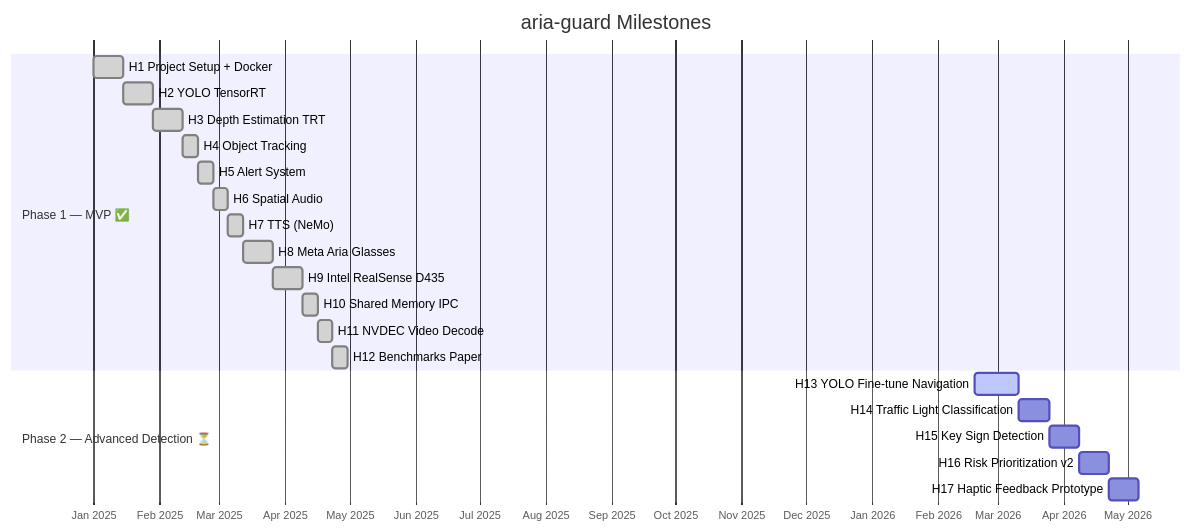
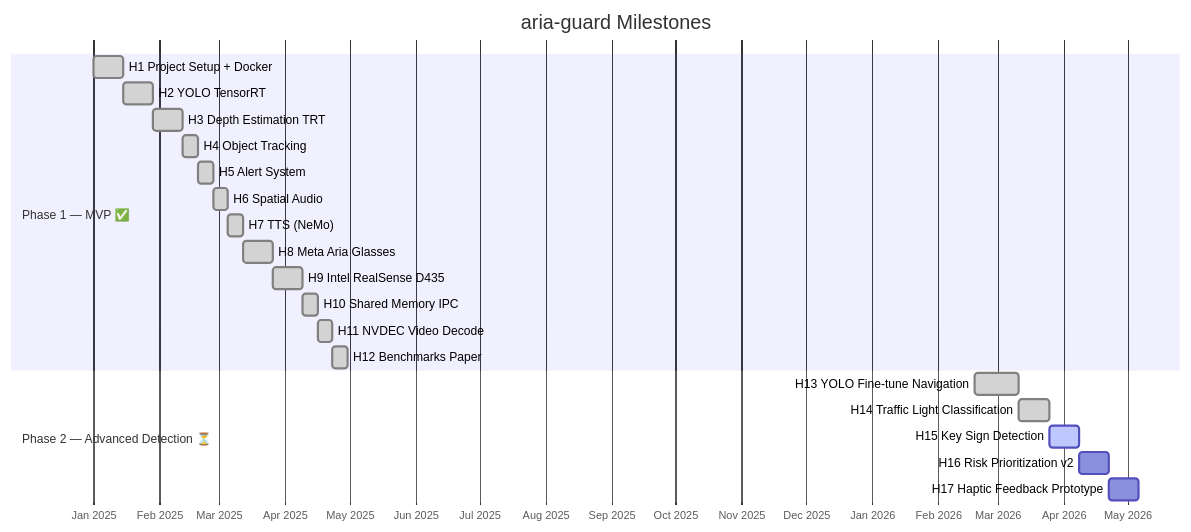
One commit to robertteleng/aria-guard changed diagram 12 of 12 in README.md. Above: the diagram before and after it, drawn with Mermaid. The commit also changed other lines of this file and 9 other files, not shown here.

First line of the commit message:
feat: add traffic light state classification via HSV analysis

````diff
--- a/README.md
+++ b/README.md
@@ -833,27 +833,27 @@
 ```mermaid
 gantt
     title aria-guard Milestones
     dateFormat YYYY-MM-DD
     axisFormat %b %Y
 
     section Phase 1 — MVP ✅
     H1  Project Setup + Docker        :done, h1, 2025-01-01, 14d
     H2  YOLO TensorRT                 :done, h2, after h1, 14d
     H3  Depth Estimation TRT          :done, h3, after h2, 14d
     H4  Object Tracking               :done, h4, after h3, 7d
     H5  Alert System                  :done, h5, after h4, 7d
     H6  Spatial Audio                 :done, h6, after h5, 7d
     H7  TTS (NeMo)                    :done, h7, after h6, 7d
     H8  Meta Aria Glasses             :done, h8, after h7, 14d
     H9  Intel RealSense D435          :done, h9, after h8, 14d
     H10 Shared Memory IPC             :done, h10, after h9, 7d
     H11 NVDEC Video Decode            :done, h11, after h10, 7d
     H12 Benchmarks Paper              :done, h12, after h11, 7d
 
     section Phase 2 — Advanced Detection ⏳
-    H13 YOLO Fine-tune Navigation     :active, h13, 2026-02-18, 21d
-    H14 Traffic Light Classification  :h14, after h13, 14d
-    H15 Key Sign Detection            :h15, after h14, 14d
+    H13 YOLO Fine-tune Navigation     :done, h13, 2026-02-18, 21d
+    H14 Traffic Light Classification  :done, h14, after h13, 14d
+    H15 Key Sign Detection            :active, h15, after h14, 14d
     H16 Risk Prioritization v2        :h16, after h15, 14d
     H17 Haptic Feedback Prototype     :h17, after h16, 14d
 ```
````
